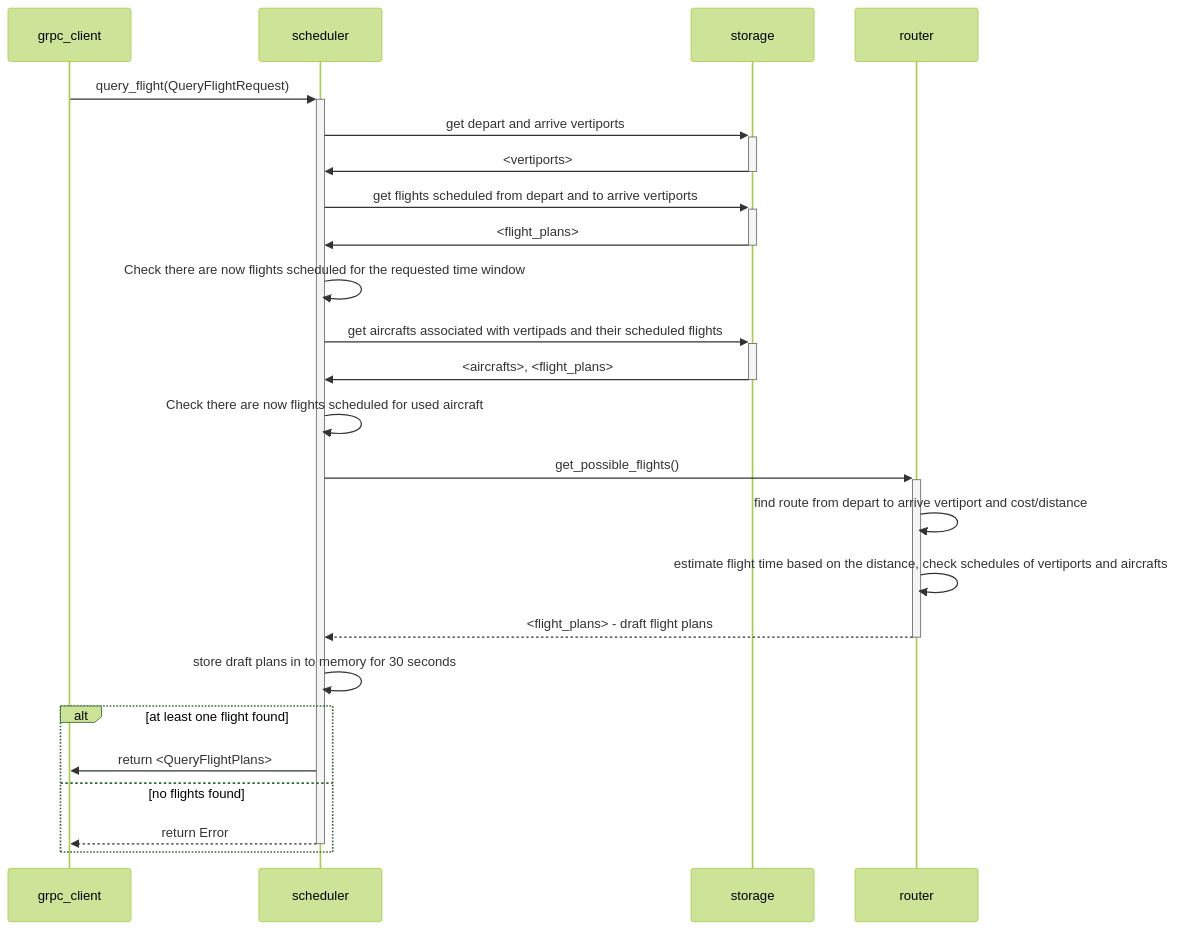
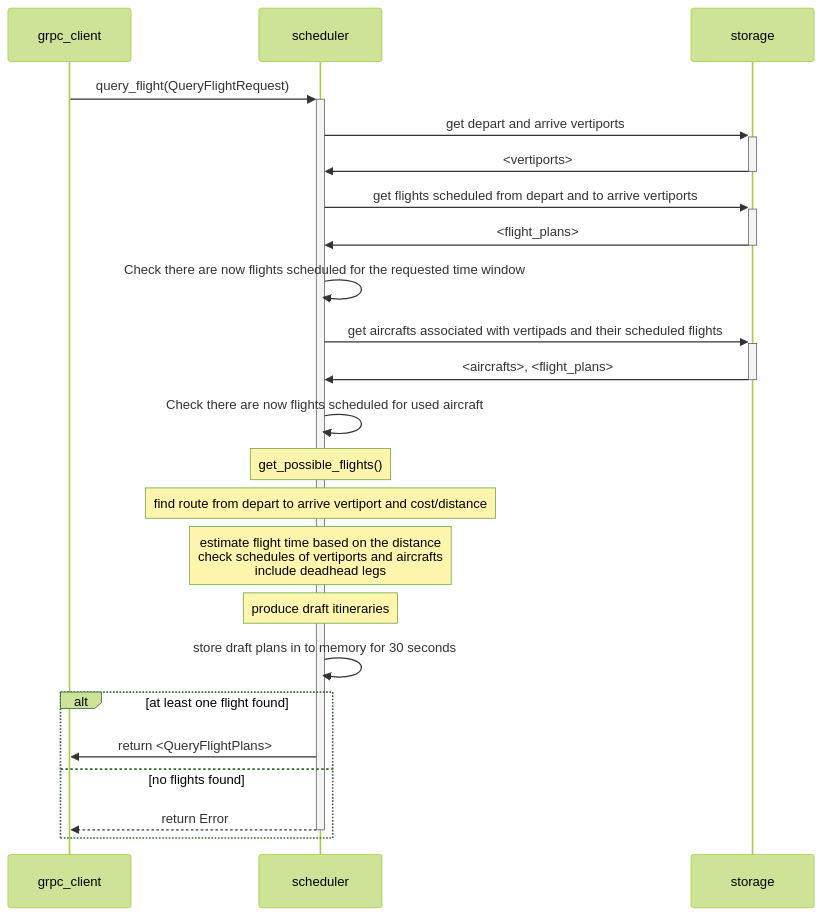
The first of 3 diagrams in docs/sdd.md (aetheric-oss/svc-scheduler), drawn with Mermaid (forest theme) before and after one commit. The commit also changed other lines of this file and 2 other files, not shown here.

Commit message:
chore: remove references to lib-router

````diff
--- a/docs/sdd.md
+++ b/docs/sdd.md
@@ -87,22 +84,22 @@
 ```mermaid
 sequenceDiagram
     grpc_client->>+scheduler: query_flight(QueryFlightRequest)
     scheduler->>+storage: get depart and arrive vertiports
     storage->>-scheduler: <vertiports>
     scheduler->>+storage: get flights scheduled from depart and to arrive vertiports
     storage->>-scheduler: <flight_plans>
     scheduler->>scheduler: Check there are now flights scheduled for the requested time window
     scheduler->>+storage: get aircrafts associated with vertipads and their scheduled flights
     storage->>-scheduler: <aircrafts>, <flight_plans>
     scheduler->>scheduler: Check there are now flights scheduled for used aircraft
-    scheduler->>+router: get_possible_flights()
-    router->>router: find route from depart to arrive vertiport and cost/distance
-    router->>router: estimate flight time based on the distance, check schedules of vertiports and aircrafts
-    router-->>-scheduler: <flight_plans> - draft flight plans
+    Note over scheduler: get_possible_flights()
+    Note over scheduler: find route from depart to arrive vertiport and cost/distance
+    Note over scheduler: estimate flight time based on the distance<br>check schedules of vertiports and aircrafts<br>include deadhead legs
+    Note over scheduler: produce draft itineraries
     scheduler->>scheduler: store draft plans in to memory for 30 seconds
     alt at least one flight found
         scheduler->>grpc_client: return <QueryFlightPlans>
     else no flights found
         scheduler-->>-grpc_client: return Error
     end
 ```
````
